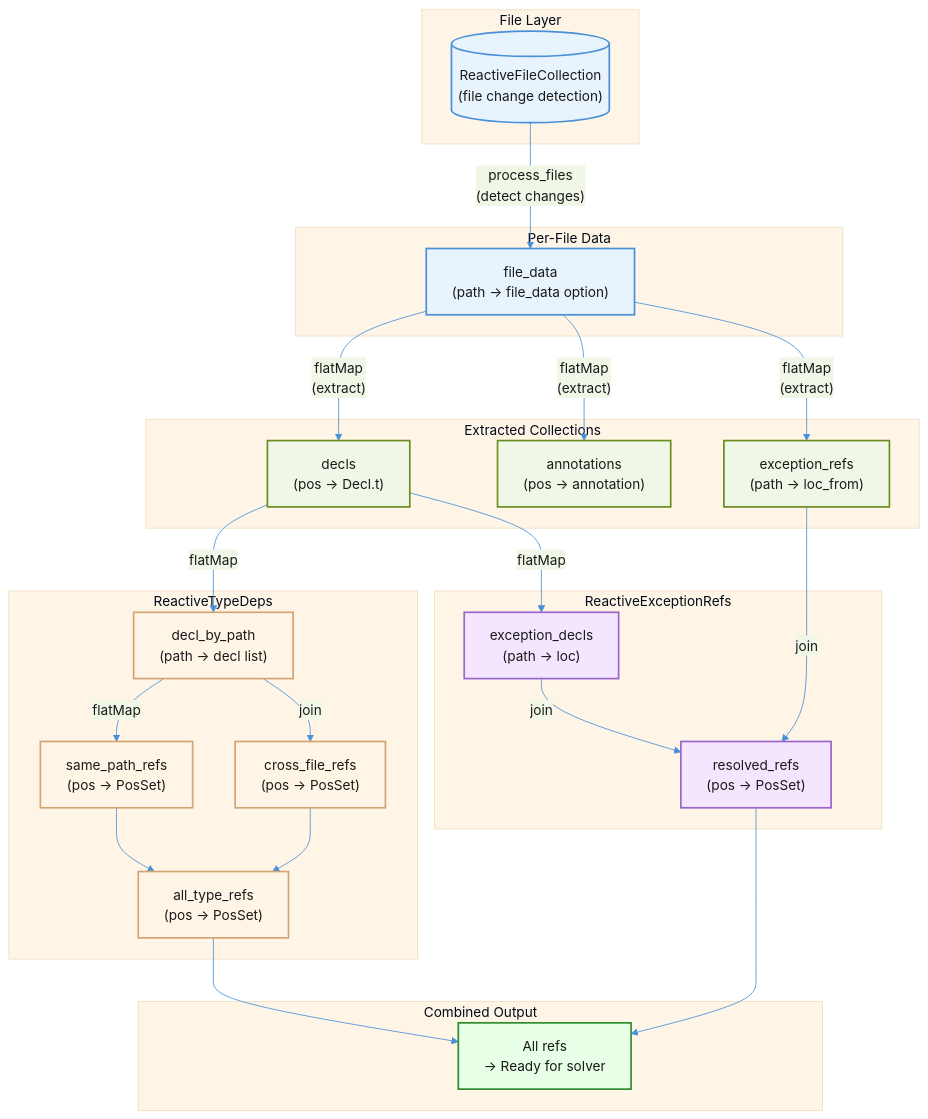
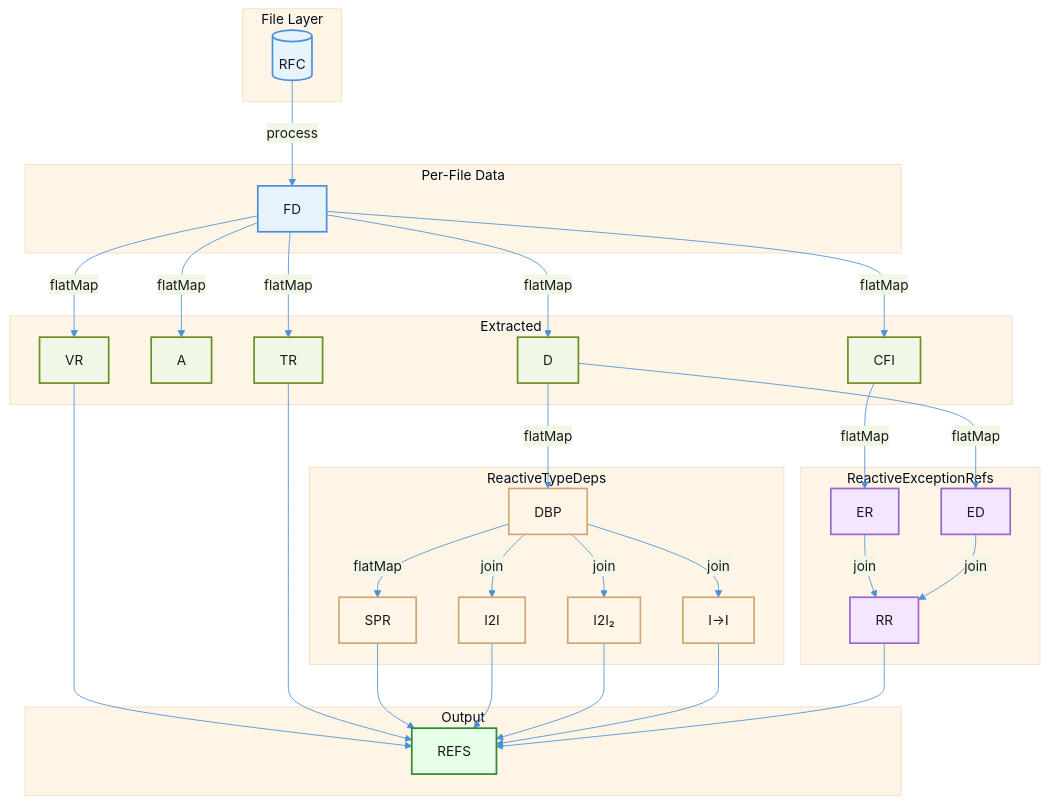
Before and after one commit to rescript-lang/rescript: the diagram in analysis/reanalyze/diagrams/reactive-pipeline.mmd, drawn with Mermaid. The commit also changed 22 other files, not shown here.

First line of the commit message:
Fix reactive mode @genType handling and update architecture docs

```diff
--- a/analysis/reanalyze/diagrams/reactive-pipeline.mmd
+++ b/analysis/reanalyze/diagrams/reactive-pipeline.mmd
@@ -1,61 +1,73 @@
 %%{init: {'theme': 'base', 'themeVariables': { 'primaryColor': '#e8f4fd', 'primaryTextColor': '#1a1a1a', 'primaryBorderColor': '#4a90d9', 'lineColor': '#4a90d9', 'secondaryColor': '#f0f7e6', 'tertiaryColor': '#fff5e6'}}}%%
 flowchart TB
     subgraph FileLayer["File Layer"]
-        RFC[("ReactiveFileCollection<br/>(file change detection)")]
+        RFC[("RFC")]
     end
 
     subgraph FileData["Per-File Data"]
-        FD["file_data<br/>(path → file_data option)"]
+        FD["FD"]
     end
 
-    subgraph Extracted["Extracted Collections"]
-        DECLS["decls<br/>(pos → Decl.t)"]
-        ANNOT["annotations<br/>(pos → annotation)"]
-        EXCREF["exception_refs<br/>(path → loc_from)"]
+    subgraph Extracted["Extracted"]
+        DECLS["D"]
+        ANNOT["A"]
+        VREFS["VR"]
+        TREFS["TR"]
+        CFI["CFI"]
     end
 
     subgraph TypeDeps["ReactiveTypeDeps"]
-        DBP["decl_by_path<br/>(path → decl list)"]
-        SPR["same_path_refs<br/>(pos → PosSet)"]
-        CFR["cross_file_refs<br/>(pos → PosSet)"]
-        ATR["all_type_refs<br/>(pos → PosSet)"]
+        DBP["DBP"]
+        SPR["SPR"]
+        I2I["I2I"]
+        I2I2["I2I₂"]
+        INT2IMP["I→I"]
     end
 
     subgraph ExcDeps["ReactiveExceptionRefs"]
-        EXCDECL["exception_decls<br/>(path → loc)"]
-        RESOLVED["resolved_refs<br/>(pos → PosSet)"]
+        EXCREF["ER"]
+        EXCDECL["ED"]
+        RESOLVED["RR"]
     end
 
-    subgraph Output["Combined Output"]
-        REFS["All refs<br/>→ Ready for solver"]
+    subgraph Output["Output"]
+        REFS["REFS"]
     end
 
-    RFC -->|"process_files<br/>(detect changes)"| FD
-    FD -->|"flatMap<br/>(extract)"| DECLS
-    FD -->|"flatMap<br/>(extract)"| ANNOT
-    FD -->|"flatMap<br/>(extract)"| EXCREF
+    RFC -->|"process"| FD
+    FD -->|"flatMap"| DECLS
+    FD -->|"flatMap"| ANNOT
+    FD -->|"flatMap"| VREFS
+    FD -->|"flatMap"| TREFS
+    FD -->|"flatMap"| CFI
 
     DECLS -->|"flatMap"| DBP
     DBP -->|"flatMap"| SPR
-    DBP -->|"join"| CFR
-    SPR --> ATR
-    CFR --> ATR
+    DBP -->|"join"| I2I
+    DBP -->|"join"| I2I2
+    DBP -->|"join"| INT2IMP
 
+    CFI -->|"flatMap"| EXCREF
     DECLS -->|"flatMap"| EXCDECL
+    EXCREF -->|"join"| RESOLVED
     EXCDECL -->|"join"| RESOLVED
-    EXCREF -->|"join"| RESOLVED
 
-    ATR --> REFS
+    VREFS --> REFS
+    TREFS --> REFS
+    SPR --> REFS
+    I2I --> REFS
+    I2I2 --> REFS
+    INT2IMP --> REFS
     RESOLVED --> REFS
 
     classDef fileLayer fill:#e8f4fd,stroke:#4a90d9,stroke-width:2px
     classDef extracted fill:#f0f7e6,stroke:#6b8e23,stroke-width:2px
     classDef typeDeps fill:#fff5e6,stroke:#d4a574,stroke-width:2px
     classDef excDeps fill:#f5e6ff,stroke:#9966cc,stroke-width:2px
     classDef output fill:#e6ffe6,stroke:#2e8b2e,stroke-width:2px
 
     class RFC,FD fileLayer
-    class DECLS,ANNOT,EXCREF extracted
-    class DBP,SPR,CFR,ATR typeDeps
-    class EXCDECL,RESOLVED excDeps
+    class DECLS,ANNOT,VREFS,TREFS,CFI extracted
+    class DBP,SPR,I2I,I2I2,INT2IMP typeDeps
+    class EXCREF,EXCDECL,RESOLVED excDeps
     class REFS output
```
